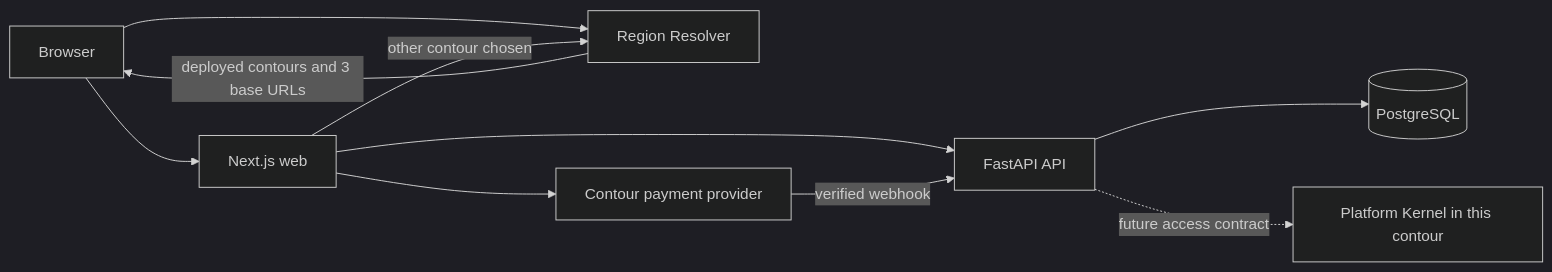
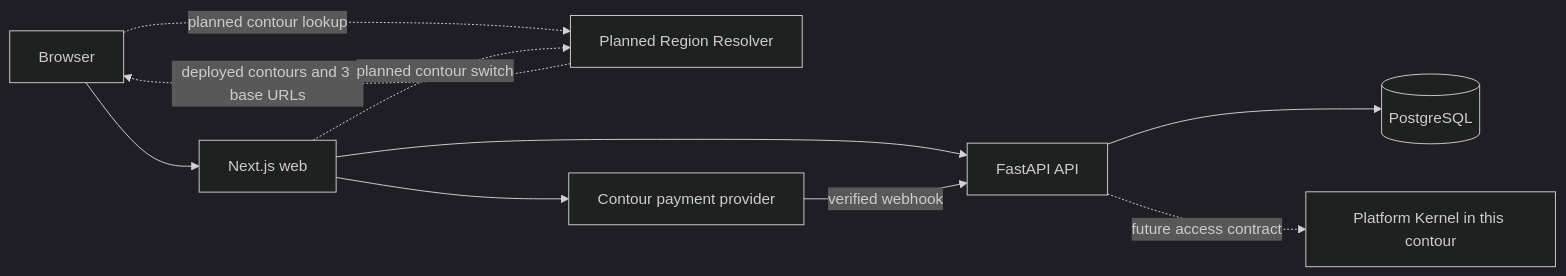
One commit to gushinets/payments-portal changed the diagram in ARCHITECTURE.md. Above: the diagram before and after it, drawn with Mermaid (dark theme). The commit also changed other lines of this file and 2 other files, not shown here.

Commit message:
ANY-325 - Address architecture review

````diff
--- a/ARCHITECTURE.md
+++ b/ARCHITECTURE.md
@@ -21,12 +22,12 @@
 ```mermaid
 flowchart LR
-  Browser --> Resolver["Region Resolver"]
-  Resolver -->|"deployed contours and 3 base URLs"| Browser
+  Browser -. "planned contour lookup" .-> Resolver["Planned Region Resolver"]
+  Resolver -. "deployed contours and 3 base URLs" .-> Browser
   Browser --> Web["Next.js web"]
   Web --> API["FastAPI API"]
   API --> DB[("PostgreSQL")]
   Web --> Provider["Contour payment provider"]
   Provider -->|"verified webhook"| API
   API -. "future access contract" .-> PK["Platform Kernel in this contour"]
-  Web -->|"other contour chosen"| Resolver
+  Web -. "planned contour switch" .-> Resolver
 ```
````
